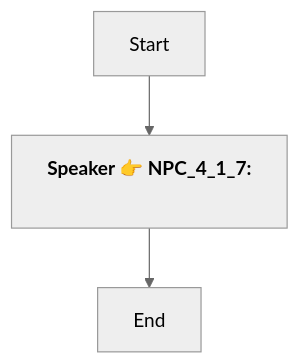
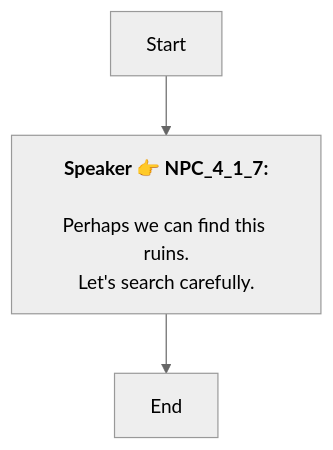
The diagram in En/QuestApproachDialogNode_1773671327358264.md (SoftHu/tos_avg), drawn with Mermaid (neutral theme) before and after one commit. The commit also changed 410 other files, not shown here.

````diff
--- a/En/QuestApproachDialogNode_1773671327358264.md
+++ b/En/QuestApproachDialogNode_1773671327358264.md
@@ -1,7 +1,8 @@
 ```mermaid
 graph
 Start -->1773672681088313[<b>Speaker 👉 NPC_4_1_7:</b>
-\n]
+\nPerhaps we can find this ruins.
+Let's search carefully.]
 1773672681088313 -->1773671482598716[End]
 
 ```
````
